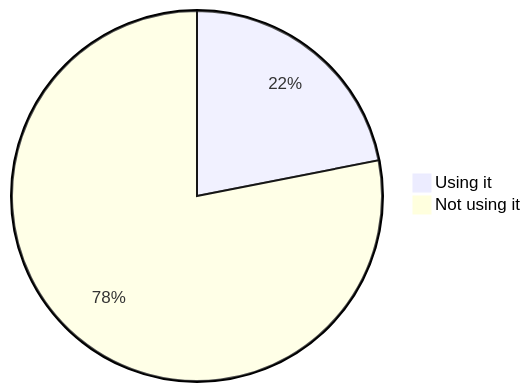
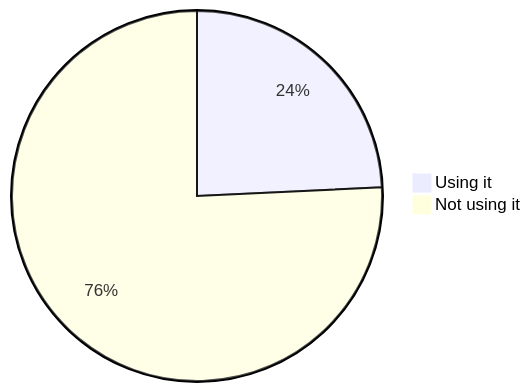
One commit to oshp/oshp-stats changed diagram 14 of 22 in stats.md. Above: the diagram before and after it, drawn with Mermaid. The commit also changed other lines of this file, not shown here.

````diff
--- a/stats.md
+++ b/stats.md
@@ -166,6 +166,6 @@
 ```mermaid
 pie
-	"Using it" : 21.91
-	"Not using it" : 78.09
+	"Using it" : 24.25
+	"Not using it" : 75.75
 
 ```
````
